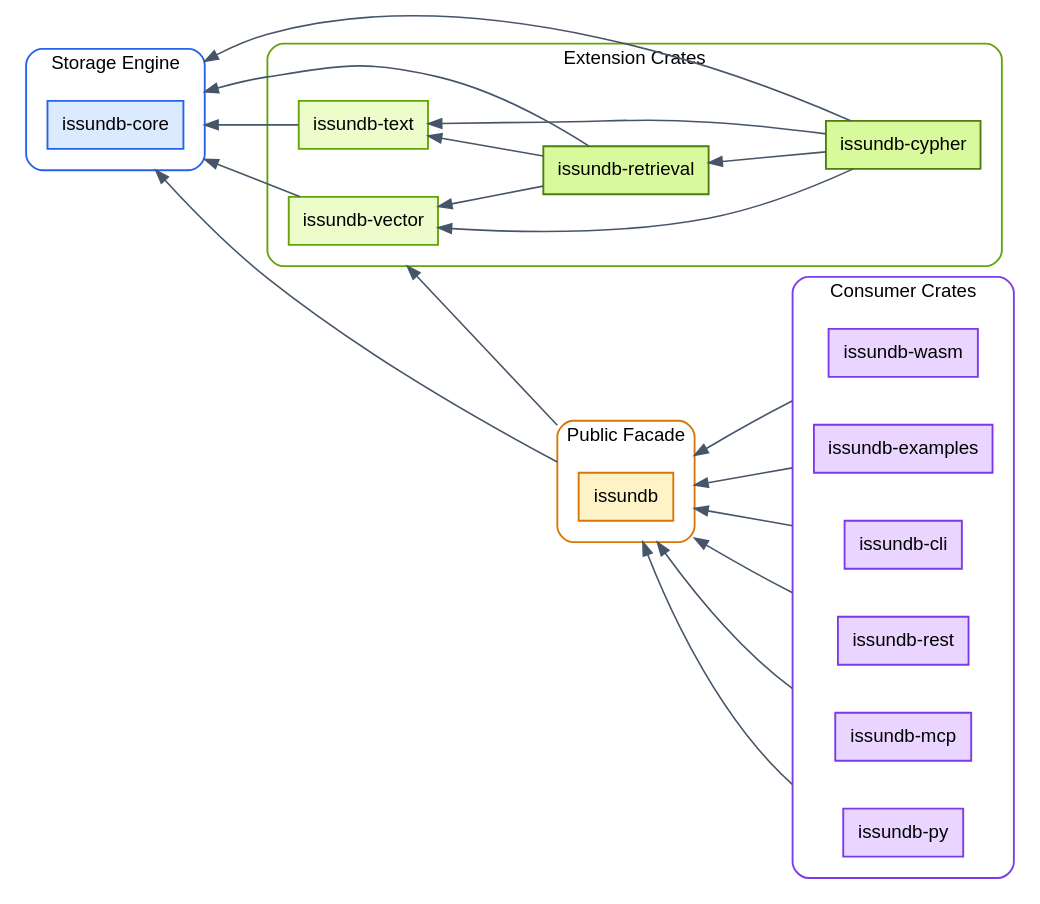
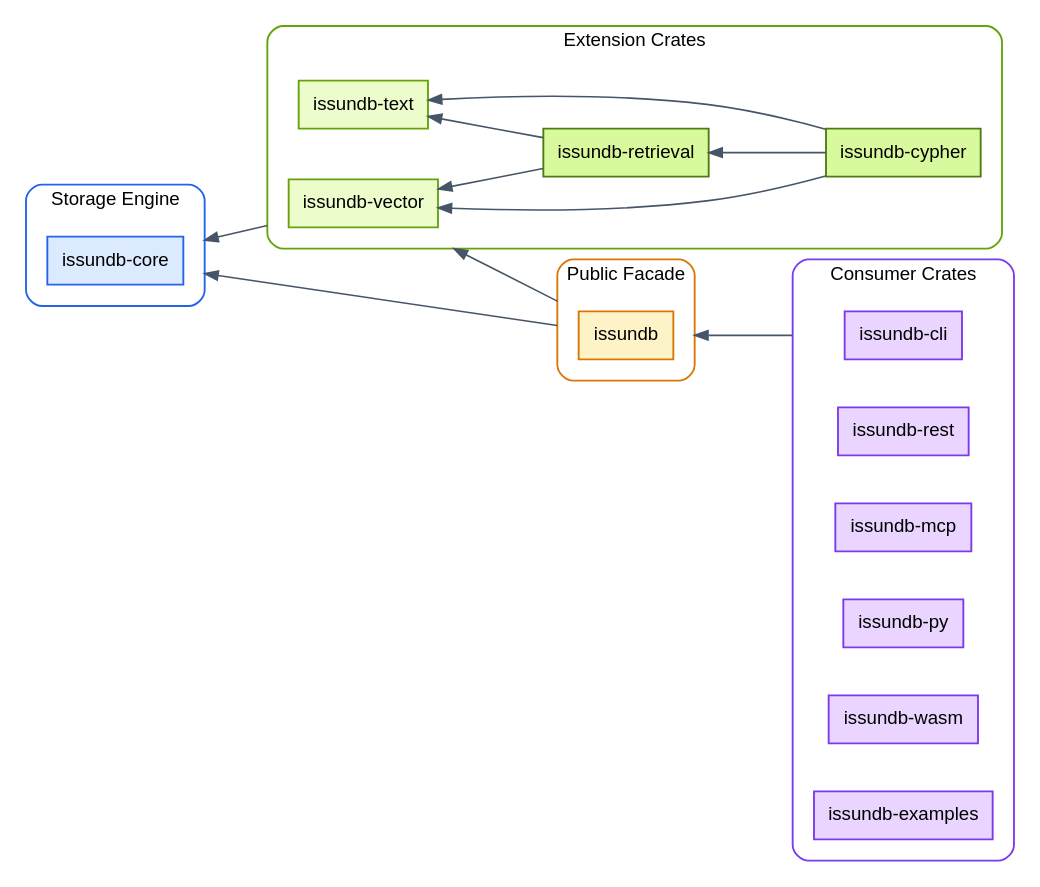
Before and after one commit to IssunDB/issun-db: the diagram in docs/assets/diagrams/architecture.dot, drawn with Graphviz. The commit also changed 1 other file, not shown here.

```diff
--- a/docs/assets/diagrams/architecture.dot
+++ b/docs/assets/diagrams/architecture.dot
@@ -1,125 +1,120 @@
 digraph IssunDBArchitecture {
     fontname = "Helvetica,Arial,sans-serif"
     layout = dot
     rankdir = RL
     ranksep = 1.1
     nodesep = 0.5
     splines = true
     bgcolor = "white"
     compound = true
 
     node [
     fontname = "Helvetica,Arial,sans-serif",
     shape = rect,
     style = "filled",
     color = "#475569",
     fillcolor = "white",
     penwidth = 1.4,
     margin = "0.16,0.10"
     ]
 
     edge [
     fontname = "Helvetica,Arial,sans-serif",
     fontsize = 10,
     color = "#475569",
     fontcolor = "#475569",
     penwidth = 1.2
     ]
 
     // ---------------------------------------------------------------
  // Storage engine: the foundation crate. It has no workspace
  // dependencies, so this cluster is a sink.
  // ---------------------------------------------------------------
     subgraph cluster_core {
     label = "Storage Engine"
     fontname = "Helvetica,Arial,sans-serif"
     fontsize = 14
     style = "rounded"
     color = "#2563EB"
     penwidth = 1.4
     margin = 16
 
     core [label = "issundb-core", fillcolor = "#DBEAFE", color = "#2563EB"]
     }
 
     // ---------------------------------------------------------------
  // Extension crates: depend on core, never on each other upward.
  // ---------------------------------------------------------------
     subgraph cluster_ext {
     label = "Extension Crates"
     fontname = "Helvetica,Arial,sans-serif"
     fontsize = 14
     style = "rounded"
     color = "#65A30D"
     penwidth = 1.4
     margin = 16
 
     vector [label = "issundb-vector", fillcolor = "#ECFCCB", color = "#65A30D"]
     text [label = "issundb-text", fillcolor = "#ECFCCB", color = "#65A30D"]
     retrieval [label = "issundb-retrieval", fillcolor = "#D9F99D", color = "#4D7C0F"]
     cypher [label = "issundb-cypher", fillcolor = "#D9F99D", color = "#4D7C0F"]
     }
 
     // ---------------------------------------------------------------
  // Public facade.
  // ---------------------------------------------------------------
     subgraph cluster_facade {
     label = "Public Facade"
     fontname = "Helvetica,Arial,sans-serif"
     fontsize = 14
     style = "rounded"
     color = "#D97706"
     penwidth = 1.4
     margin = 16
 
     facade [label = "issundb", fillcolor = "#FEF3C7", color = "#D97706"]
     }
 
     // ---------------------------------------------------------------
  // Consumers: bindings, servers, tools. Facade-only.
  // ---------------------------------------------------------------
     subgraph cluster_consumers {
     label = "Consumer Crates"
     fontname = "Helvetica,Arial,sans-serif"
     fontsize = 14
     style = "rounded"
     color = "#7C3AED"
     penwidth = 1.4
     margin = 16
 
     cli [label = "issundb-cli", fillcolor = "#E9D5FF", color = "#7C3AED"]
     rest [label = "issundb-rest", fillcolor = "#E9D5FF", color = "#7C3AED"]
     mcp [label = "issundb-mcp", fillcolor = "#E9D5FF", color = "#7C3AED"]
     py_bind [label = "issundb-py", fillcolor = "#E9D5FF", color = "#7C3AED"]
     wasm [label = "issundb-wasm", fillcolor = "#E9D5FF", color = "#7C3AED"]
     examples [label = "issundb-examples", fillcolor = "#E9D5FF", color = "#7C3AED"]
     }
 
     // ---------------------------------------------------------------
  // Dependency edges (point from dependent to dependency).
  // lhead/ltail clip the edge at the cluster border (compound = true)
  // so arrows attach to the enclosing cluster, not the inner box.
  // ---------------------------------------------------------------
 
-    vector -> core [lhead = cluster_core]
-    text -> core [lhead = cluster_core]
-    retrieval -> core [lhead = cluster_core]
+    // Edges inside a cluster are drawn crate to crate, because that detail
+    // is the point: the extension crates do not all depend on each other.
     retrieval -> vector
     retrieval -> text
-    cypher -> core [lhead = cluster_core]
     cypher -> text
     cypher -> vector
     cypher -> retrieval
 
-    // One arrow stands for the facade's dependency on every extension
-    // crate, clipped at the cluster border rather than drawn four times.
+    // Edges between clusters are drawn once, border to border. Every member
+    // of the tail cluster has the dependency, so naming one crate per arrow
+    // would imply a distinction that does not exist. The representative node
+    // on each side only tells the layout engine where to route.
+    vector -> core [ltail = cluster_ext, lhead = cluster_core]
     facade -> core [ltail = cluster_facade, lhead = cluster_core]
     facade -> vector [ltail = cluster_facade, lhead = cluster_ext]
-
     cli -> facade [ltail = cluster_consumers, lhead = cluster_facade]
-    rest -> facade [ltail = cluster_consumers, lhead = cluster_facade]
-    mcp -> facade [ltail = cluster_consumers, lhead = cluster_facade]
-    py_bind -> facade [ltail = cluster_consumers, lhead = cluster_facade]
-    wasm -> facade [ltail = cluster_consumers, lhead = cluster_facade]
-    examples -> facade [ltail = cluster_consumers, lhead = cluster_facade]
 }
```
